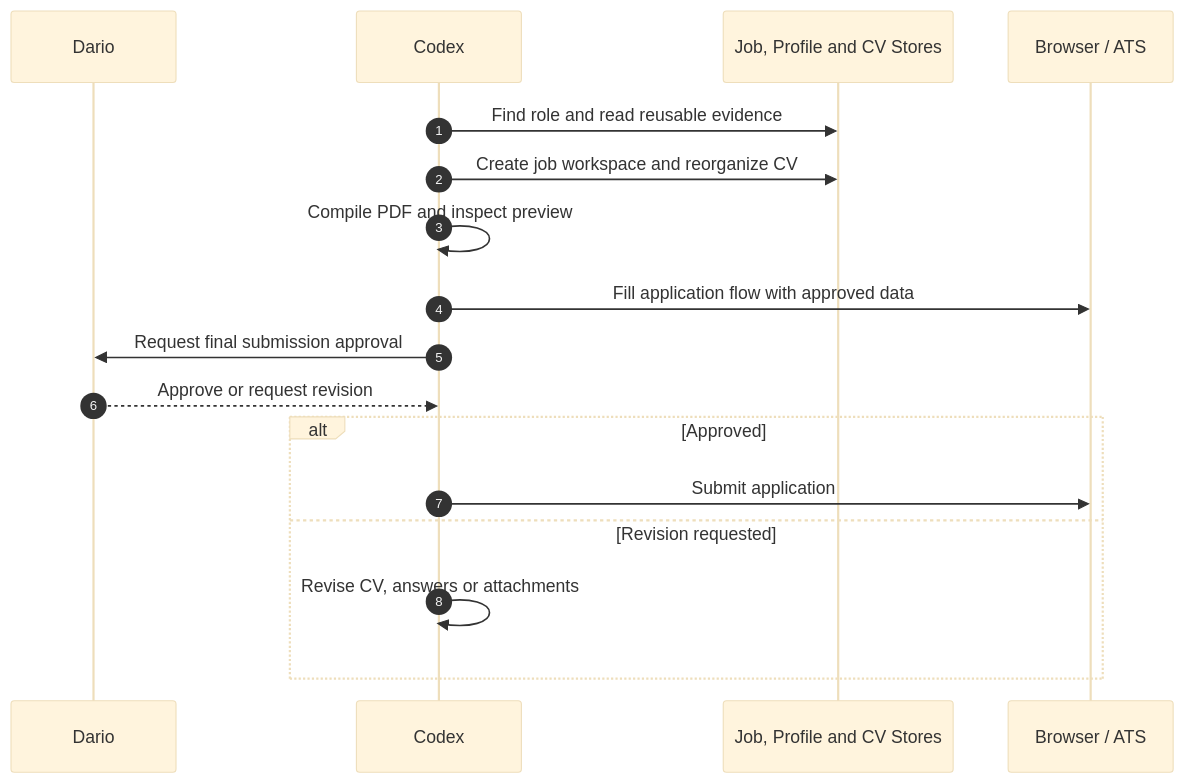
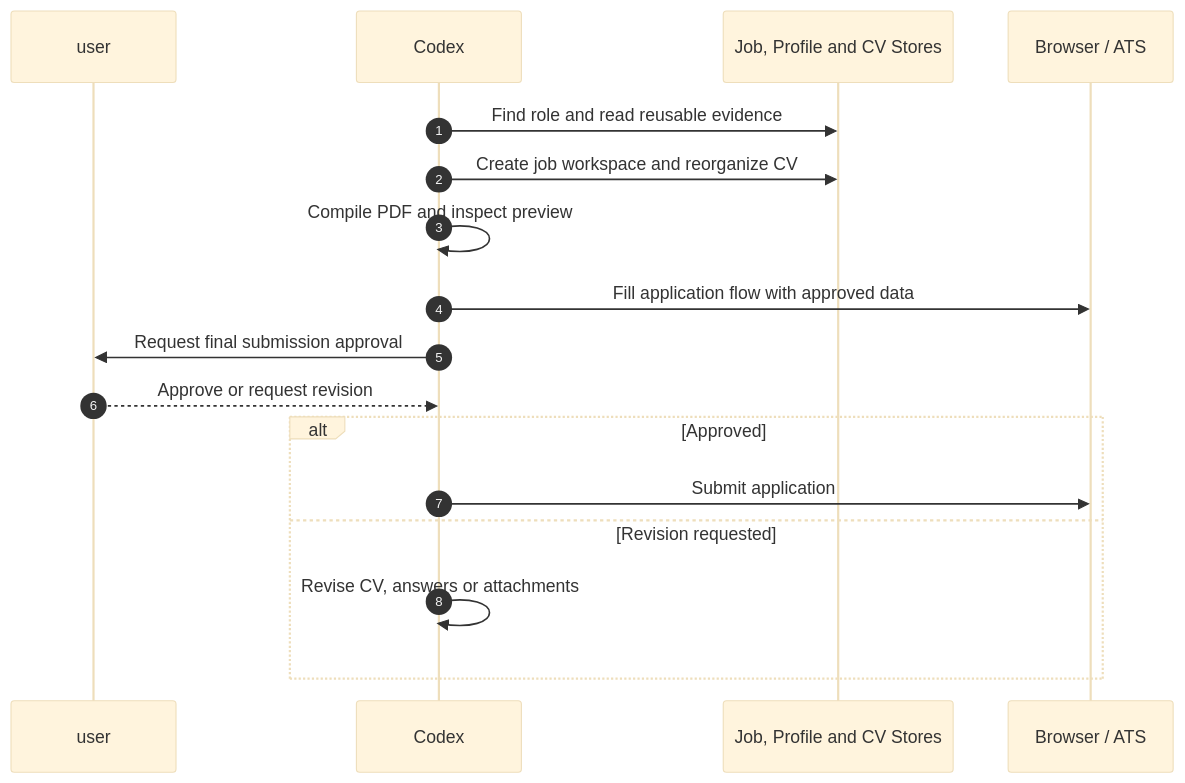
One commit to ddm18/codex-managed-application-workflow changed the diagram in docs/workflow.md. Above: the diagram before and after it, drawn with Mermaid (base theme). The commit also changed other lines of this file and 4 other files, not shown here.

````diff
--- a/docs/workflow.md
+++ b/docs/workflow.md
@@ -9,20 +9,20 @@
 ```mermaid
 sequenceDiagram
   autonumber
-  participant D as Dario
+  participant U as user
   participant C as Codex
   participant S as Job, Profile and CV Stores
   participant B as Browser / ATS
 
   C->>S: Find role and read reusable evidence
   C->>S: Create job workspace and reorganize CV
   C->>C: Compile PDF and inspect preview
   C->>B: Fill application flow with approved data
-  C->>D: Request final submission approval
-  D-->>C: Approve or request revision
+  C->>U: Request final submission approval
+  U-->>C: Approve or request revision
   alt Approved
     C->>B: Submit application
   else Revision requested
     C->>C: Revise CV, answers or attachments
   end
 ```
````
